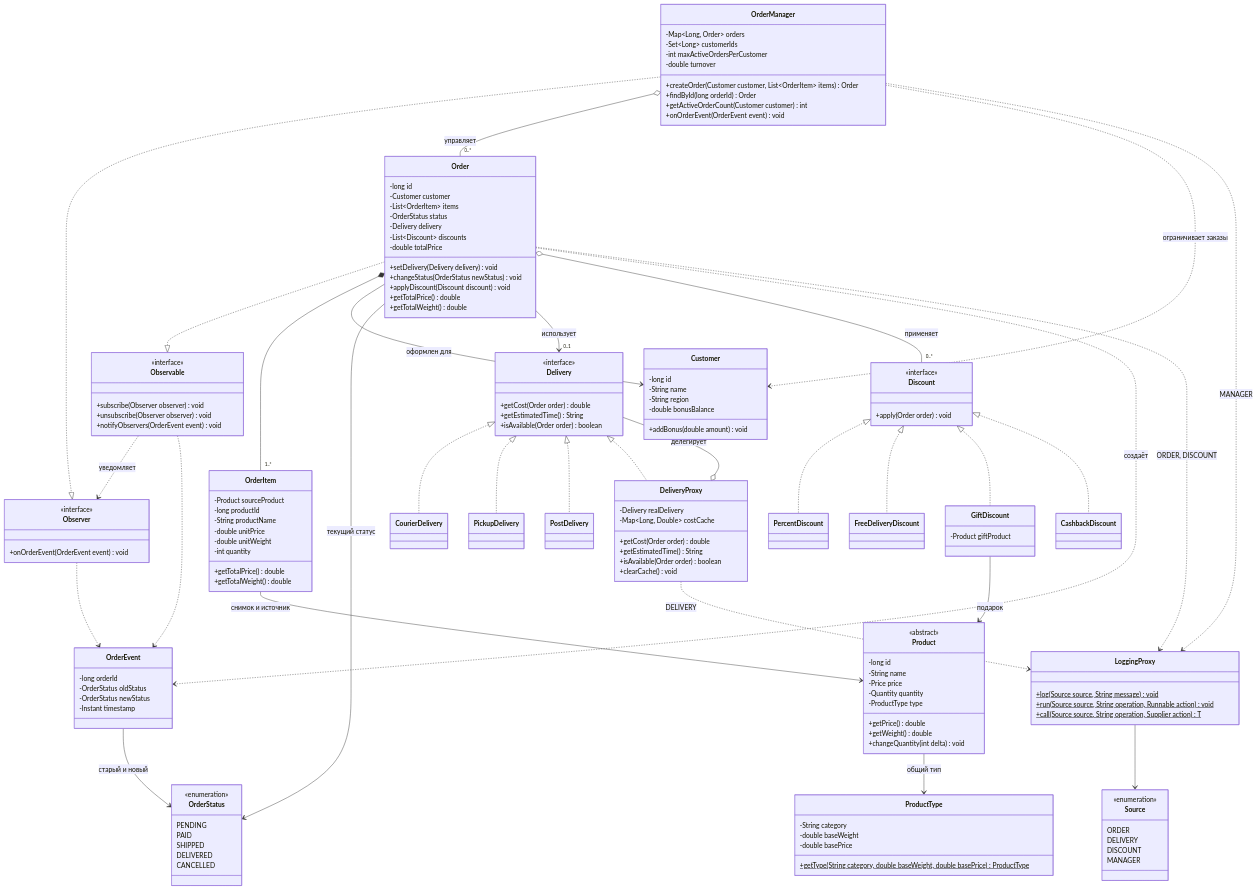
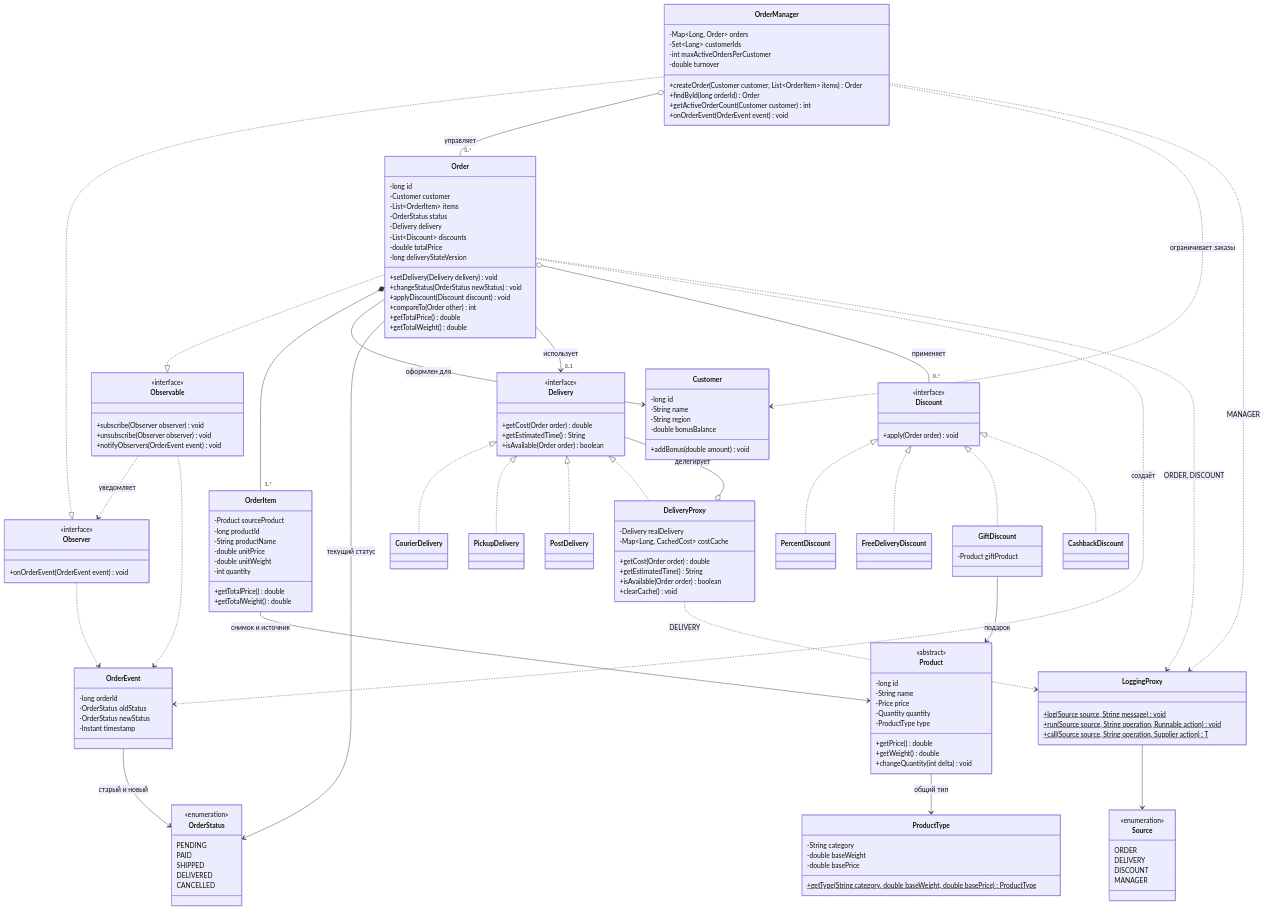
One commit to areallypawa/IS-OOP-Practical-Works changed the third of 3 diagrams in README.md. Above: the diagram before and after it, drawn with Mermaid. The commit also changed other lines of this file and 4 other files, not shown here.

First line of the commit message:
fix(order): invalidate delivery cost cache

```diff
--- a/README.md
+++ b/README.md
@@ -220,9 +220,11 @@
     -Delivery delivery
     -List~Discount~ discounts
     -double totalPrice
+    -long deliveryStateVersion
     +setDelivery(Delivery delivery) void
     +changeStatus(OrderStatus newStatus) void
     +applyDiscount(Discount discount) void
+    +compareTo(Order other) int
     +getTotalPrice() double
     +getTotalWeight() double
 }
@@ -278,7 +280,7 @@
 
 class DeliveryProxy {
     -Delivery realDelivery
-    -Map~Long, Double~ costCache
+    -Map~Long, CachedCost~ costCache
     +getCost(Order order) double
     +getEstimatedTime() String
     +isAvailable(Order order) boolean
```
